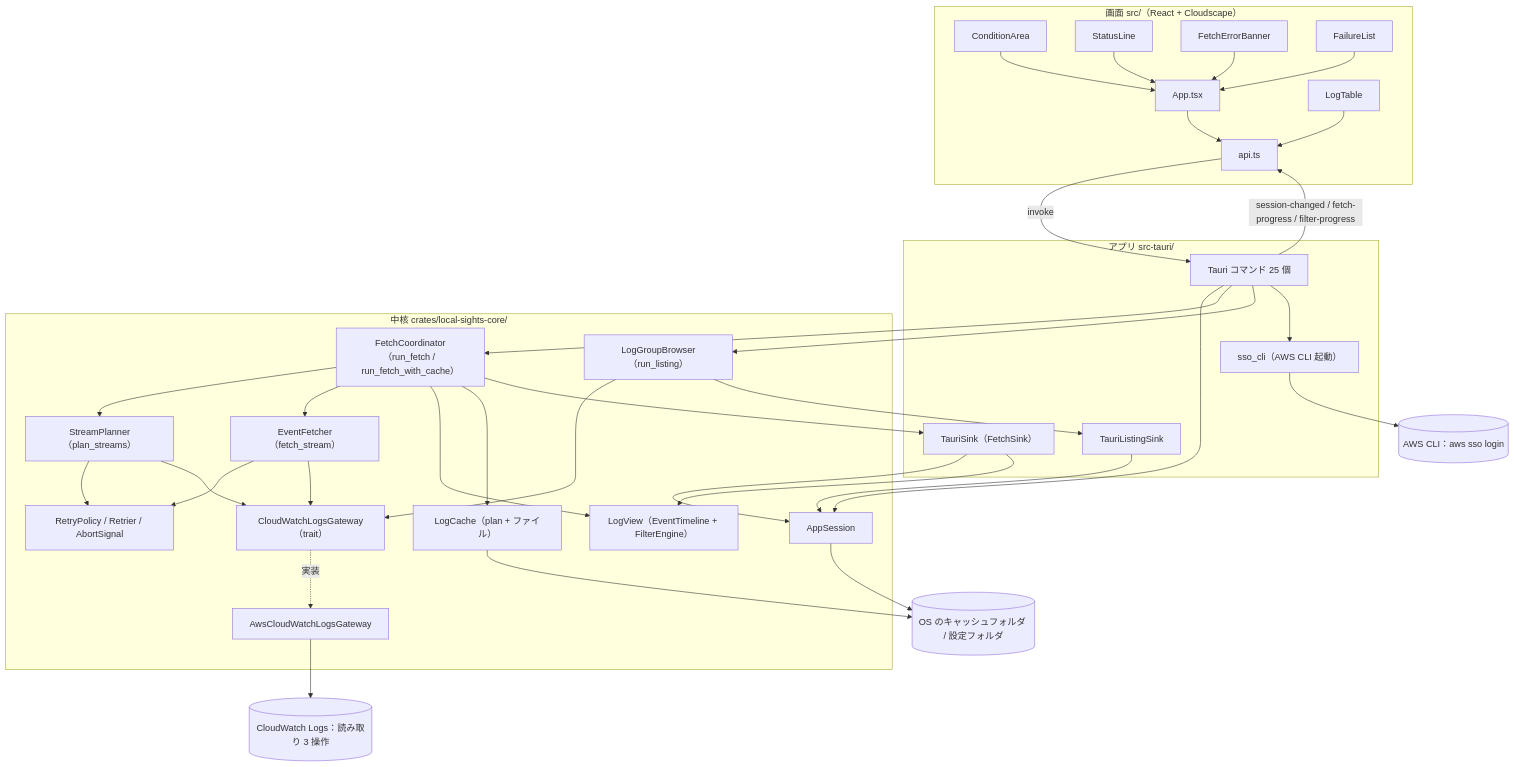
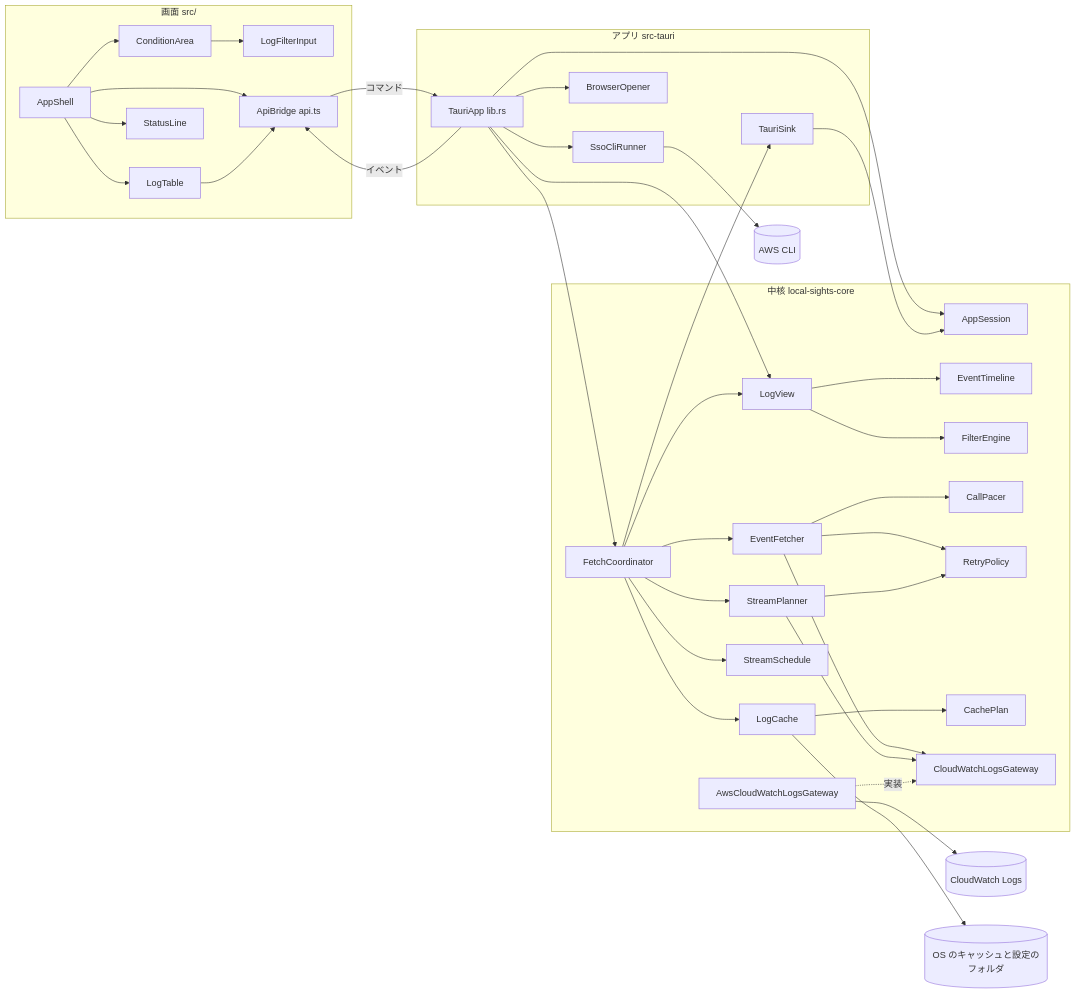
One commit to kdnakt/local-sights changed the first of 4 diagrams in aidlc/spaces/default/codekb/local-sights/architecture.md. Above: the diagram before and after it, drawn with Mermaid. The commit also changed other lines of this file and 209 other files, not shown here.

````diff
--- a/aidlc/spaces/default/codekb/local-sights/architecture.md
+++ b/aidlc/spaces/default/codekb/local-sights/architecture.md
@@ -28,65 +28,69 @@
 ```mermaid
-flowchart TB
-  subgraph Screen["画面 src/（React + Cloudscape）"]
-    App["App.tsx"]
-    Api["api.ts"]
-    Cond["ConditionArea"]
-    Status["StatusLine"]
-    Banner["FetchErrorBanner"]
-    Fail["FailureList"]
-    Table["LogTable"]
+flowchart LR
+  subgraph Screen["画面 src/"]
+    AppShell["AppShell"]
+    ConditionArea["ConditionArea"]
+    LogFilterInput["LogFilterInput"]
+    LogTable["LogTable"]
+    StatusLine["StatusLine"]
+    ApiBridge["ApiBridge api.ts"]
   end
-  subgraph Tauri["アプリ src-tauri/"]
-    Cmds["Tauri コマンド 25 個"]
-    Sink["TauriSink（FetchSink）"]
-    LSink["TauriListingSink"]
-    Sso["sso_cli（AWS CLI 起動）"]
+  subgraph App["アプリ src-tauri"]
+    TauriApp["TauriApp lib.rs"]
+    TauriSink["TauriSink"]
+    SsoCliRunner["SsoCliRunner"]
+    BrowserOpener["BrowserOpener"]
   end
-  subgraph Core["中核 crates/local-sights-core/"]
-    Session["AppSession"]
-    Coord["FetchCoordinator（run_fetch / run_fetch_with_cache）"]
-    Planner["StreamPlanner（plan_streams）"]
-    Fetcher["EventFetcher（fetch_stream）"]
-    Retry["RetryPolicy / Retrier / AbortSignal"]
-    View["LogView（EventTimeline + FilterEngine）"]
-    Cache["LogCache（plan + ファイル）"]
-    GW["CloudWatchLogsGateway（trait）"]
-    AwsGW["AwsCloudWatchLogsGateway"]
-    Listing["LogGroupBrowser（run_listing）"]
+  subgraph Core["中核 local-sights-core"]
+    AppSession["AppSession"]
+    LogView["LogView"]
+    EventTimeline["EventTimeline"]
+    FilterEngine["FilterEngine"]
+    FetchCoordinator["FetchCoordinator"]
+    StreamPlanner["StreamPlanner"]
+    EventFetcher["EventFetcher"]
+    StreamSchedule["StreamSchedule"]
+    CallPacer["CallPacer"]
+    RetryPolicy["RetryPolicy"]
+    LogCache["LogCache"]
+    CachePlan["CachePlan"]
+    Gateway["CloudWatchLogsGateway"]
+    AwsGateway["AwsCloudWatchLogsGateway"]
   end
-  AWS[("CloudWatch Logs：読み取り 3 操作")]
-  CLI[("AWS CLI：aws sso login")]
-  Disk[("OS のキャッシュフォルダ / 設定フォルダ")]
+  AWS[("CloudWatch Logs")]
+  Disk[("OS のキャッシュと設定のフォルダ")]
+  CLI[("AWS CLI")]
 
-  App --> Api
-  Cond --> App
-  Status --> App
-  Banner --> App
-  Fail --> App
-  Table --> Api
-  Api -- "invoke" --> Cmds
-  Cmds -- "session-changed / fetch-progress / filter-progress" --> Api
-  Cmds --> Session
-  Cmds --> Coord
-  Cmds --> Listing
-  Cmds --> Sso
-  Coord --> Planner
-  Coord --> Fetcher
-  Planner --> Retry
-  Fetcher --> Retry
-  Planner --> GW
-  Fetcher --> GW
-  Listing --> GW
-  Coord --> View
-  Coord --> Cache
-  Coord --> Sink
-  Sink --> Session
-  Sink --> View
-  Listing --> LSink
-  LSink --> Session
-  GW -.->|実装| AwsGW
-  AwsGW --> AWS
-  Sso --> CLI
-  Cache --> Disk
-  Session --> Disk
+  AppShell --> ConditionArea
+  ConditionArea --> LogFilterInput
+  AppShell --> LogTable
+  AppShell --> StatusLine
+  AppShell --> ApiBridge
+  LogTable --> ApiBridge
+  ApiBridge -- "コマンド" --> TauriApp
+  TauriApp -- "イベント" --> ApiBridge
+  TauriApp --> AppSession
+  TauriApp --> LogView
+  TauriApp --> FetchCoordinator
+  TauriApp --> SsoCliRunner
+  TauriApp --> BrowserOpener
+  FetchCoordinator --> TauriSink
+  TauriSink --> AppSession
+  LogView --> EventTimeline
+  LogView --> FilterEngine
+  FetchCoordinator --> LogView
+  FetchCoordinator --> StreamPlanner
+  FetchCoordinator --> EventFetcher
+  FetchCoordinator --> StreamSchedule
+  FetchCoordinator --> LogCache
+  EventFetcher --> CallPacer
+  EventFetcher --> RetryPolicy
+  StreamPlanner --> RetryPolicy
+  EventFetcher --> Gateway
+  StreamPlanner --> Gateway
+  LogCache --> CachePlan
+  AwsGateway -.->|"実装"| Gateway
+  AwsGateway --> AWS
+  LogCache --> Disk
+  SsoCliRunner --> CLI
 ```
````
